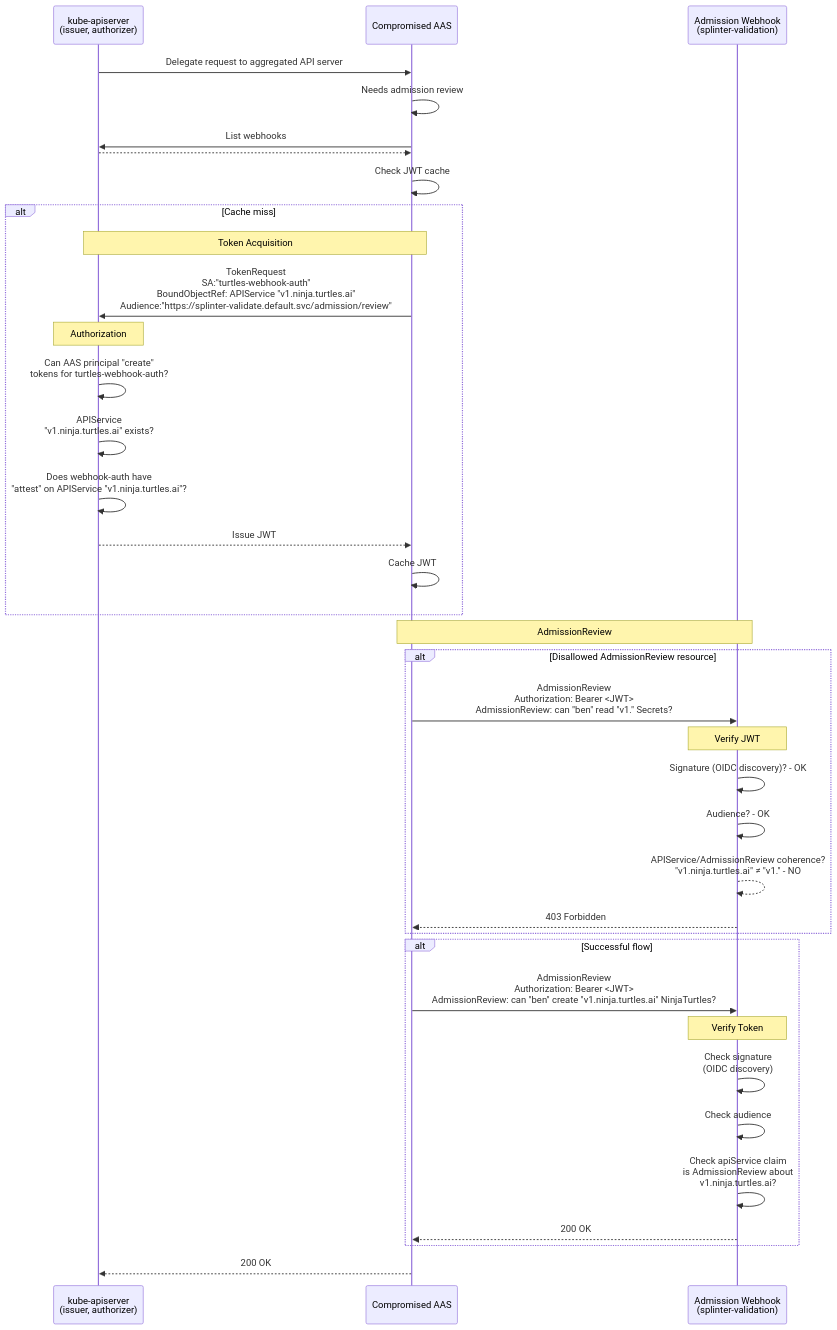
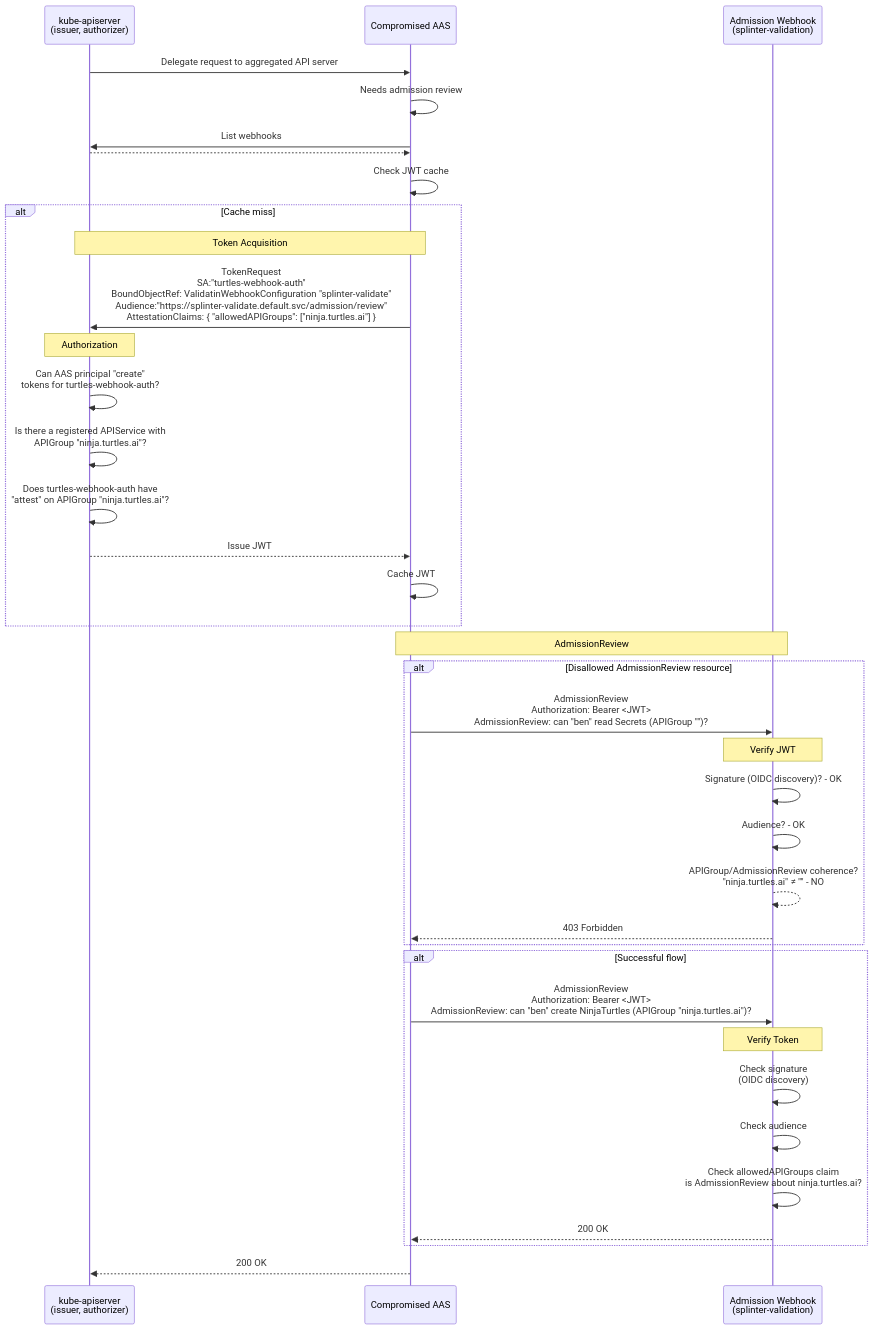
Before and after one commit to pmengelbert/enhancements: the third of 3 diagrams in keps/sig-auth/6060-api-server-authentication-to-webhooks/README.md, drawn with Mermaid. The commit also changed other lines of this file, not shown here.

Commit message:
Update sequence diagrams

````diff
--- a/keps/sig-auth/6060-api-server-authentication-to-webhooks/README.md
+++ b/keps/sig-auth/6060-api-server-authentication-to-webhooks/README.md
@@ -435,50 +441,50 @@
 ```mermaid
 sequenceDiagram
     participant KAS as kube-apiserver<br/>(issuer, authorizer)
     participant AAS as Compromised AAS
     participant Webhook as Admission Webhook<br/>(splinter-validation)
 
     KAS->>AAS: Delegate request to aggregated API server
     AAS->>AAS: Needs admission review
     AAS->>KAS: List webhooks
     KAS-->>AAS: #%20;
 
     AAS->>AAS: Check JWT cache
     alt Cache miss
         Note over KAS,AAS: Token Acquisition
-        AAS->>KAS: TokenRequest<br/>SA:"turtles-webhook-auth"<br/>BoundObjectRef: APIService "v1.ninja.turtles.ai"<br/>Audience:"https://splinter-validate.default.svc/admission/review"
+        AAS->>KAS: TokenRequest<br/>SA:"turtles-webhook-auth"<br/>BoundObjectRef: ValidatinWebhookConfiguration "splinter-validate"<br/>Audience:"https://splinter-validate.default.svc/admission/review"<br/>AttestationClaims: { "allowedAPIGroups": ["ninja.turtles.ai"] }
 
         Note over KAS: Authorization
         KAS->>KAS: Can AAS principal "create"<br/>tokens for turtles-webhook-auth?
-        KAS->>KAS: APIService<br/>"v1.ninja.turtles.ai" exists?
-        KAS->>KAS: Does webhook-auth have<br/>"attest" on APIService "v1.ninja.turtles.ai"?
+        KAS->>KAS: Is there a registered APIService with <br/>APIGroup "ninja.turtles.ai"?
+        KAS->>KAS: Does turtles-webhook-auth have<br/>"attest" on APIGroup "ninja.turtles.ai"?
 
         KAS-->>AAS: Issue JWT
         AAS->>AAS: Cache JWT
     end
 
     Note over AAS,Webhook: AdmissionReview
     alt Disallowed AdmissionReview resource
-        AAS->>Webhook: AdmissionReview<br/>Authorization: Bearer <JWT><br/>AdmissionReview: can "ben" read "v1." Secrets?
+        AAS->>Webhook: AdmissionReview<br/>Authorization: Bearer <JWT><br/>AdmissionReview: can "ben" read Secrets (APIGroup "")?
 
         Note over Webhook: Verify JWT
         Webhook->>Webhook: Signature (OIDC discovery)? - OK
         Webhook->>Webhook: Audience? - OK
-        Webhook-->>Webhook: APIService/AdmissionReview coherence?<br/>"v1.ninja.turtles.ai" ≠ "v1." - NO
+        Webhook-->>Webhook: APIGroup/AdmissionReview coherence?<br/>"ninja.turtles.ai" ≠ "" - NO
 
         Webhook-->>AAS: 403 Forbidden
     end
 
     alt Successful flow
-        AAS->>Webhook: AdmissionReview<br/>Authorization: Bearer <JWT><br/>AdmissionReview: can "ben" create "v1.ninja.turtles.ai" NinjaTurtles?
+        AAS->>Webhook: AdmissionReview<br/>Authorization: Bearer <JWT><br/>AdmissionReview: can "ben" create NinjaTurtles (APIGroup "ninja.turtles.ai")?
 
         Note over Webhook: Verify Token
         Webhook->>Webhook: Check signature<br/>(OIDC discovery)
         Webhook->>Webhook: Check audience
-        Webhook->>Webhook: Check apiService claim<br/>is AdmissionReview about<br/>v1.ninja.turtles.ai?
+        Webhook->>Webhook: Check allowedAPIGroups claim<br/>is AdmissionReview about ninja.turtles.ai?
 
         Webhook-->>AAS: 200 OK
     end
 
     AAS-->>KAS: 200 OK
 ```
````
